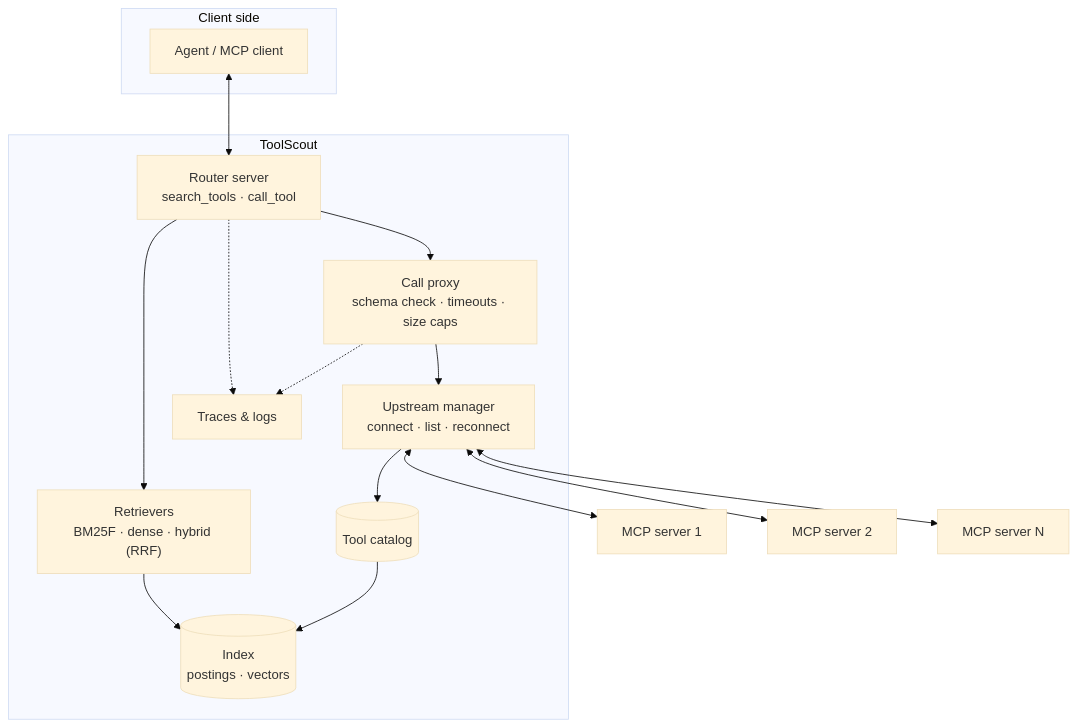
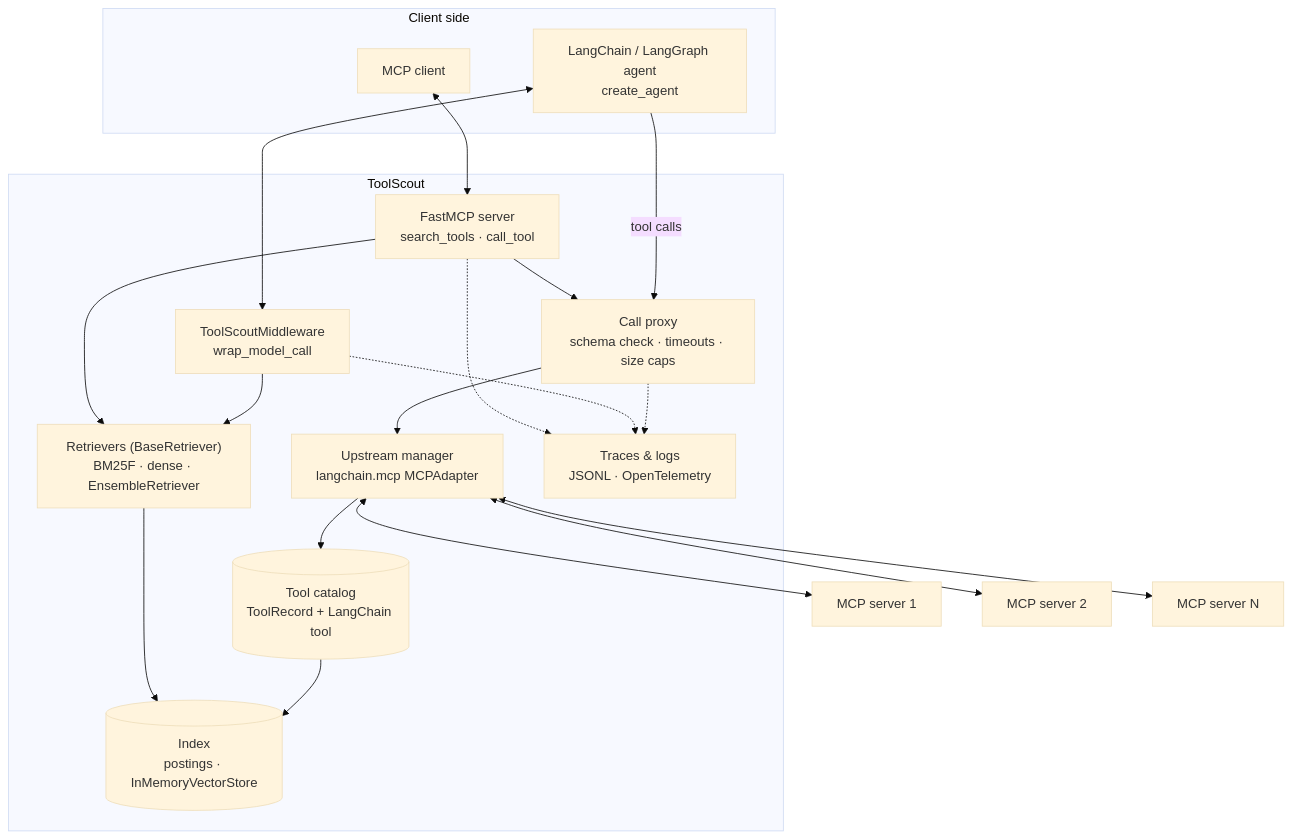
Before and after one commit to axlezhao/ToolScout: the diagram in docs/DESIGN.md, drawn with Mermaid (base theme). The commit also changed other lines of this file and 5 other files, not shown here.

First line of the commit message:
Re-plan ToolScout on Python, LangChain and LangGraph

````diff
--- a/docs/DESIGN.md
+++ b/docs/DESIGN.md
@@ -12,28 +13,34 @@
 ```mermaid
 flowchart TB
-    subgraph client["Client side"]
-      A[Agent / MCP client]
+    subgraph clients["Client side"]
+      A["MCP client"]
+      LG["LangChain / LangGraph agent<br/>create_agent"]
     end
     subgraph ts["ToolScout"]
-      RS["Router server<br/>search_tools · call_tool"]
+      RS["FastMCP server<br/>search_tools · call_tool"]
+      MW["ToolScoutMiddleware<br/>wrap_model_call"]
       CP["Call proxy<br/>schema check · timeouts · size caps"]
-      RET["Retrievers<br/>BM25F · dense · hybrid (RRF)"]
-      IDX[("Index<br/>postings · vectors")]
-      CAT[("Tool catalog")]
-      UM["Upstream manager<br/>connect · list · reconnect"]
-      OBS["Traces & logs"]
+      RET["Retrievers (BaseRetriever)<br/>BM25F · dense · EnsembleRetriever"]
+      IDX[("Index<br/>postings · InMemoryVectorStore")]
+      CAT[("Tool catalog<br/>ToolRecord + LangChain tool")]
+      UM["Upstream manager<br/>langchain.mcp MCPAdapter"]
+      OBS["Traces & logs<br/>JSONL · OpenTelemetry"]
     end
     S1[MCP server 1]
     S2[MCP server 2]
     SN[MCP server N]
 
     A <--> RS
+    LG <--> MW
     RS --> RET --> IDX
+    MW --> RET
     RS --> CP --> UM
+    LG -- "tool calls" --> CP
     UM <--> S1
     UM <--> S2
     UM <--> SN
     UM --> CAT --> IDX
     RS -.-> OBS
+    MW -.-> OBS
     CP -.-> OBS
 ```
````
